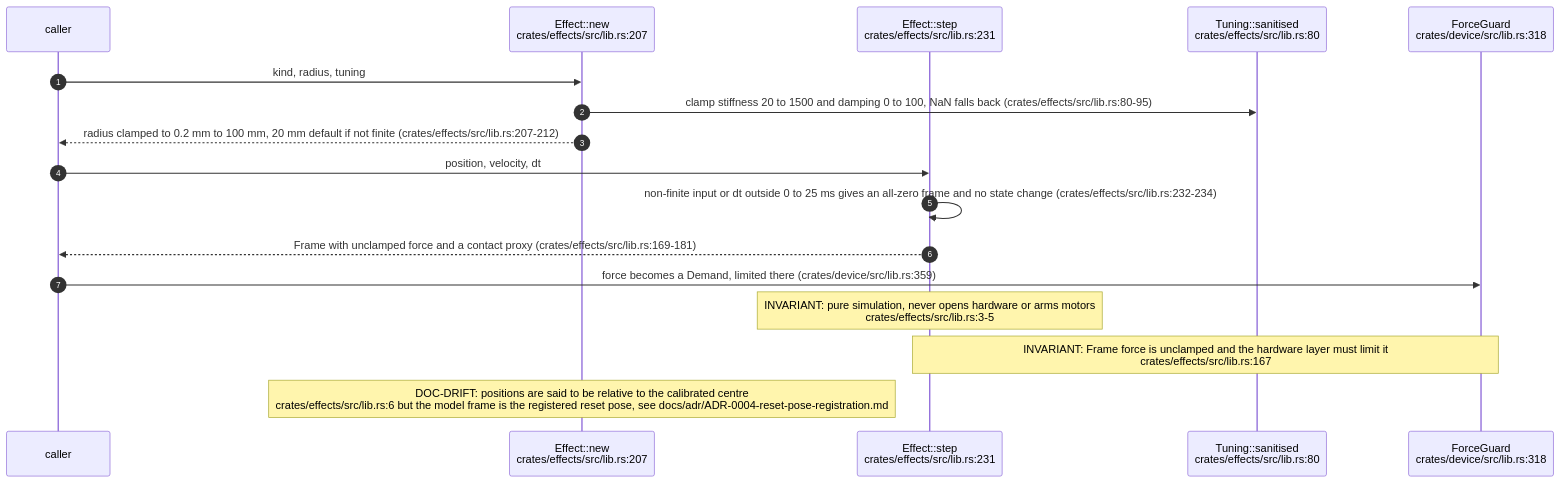
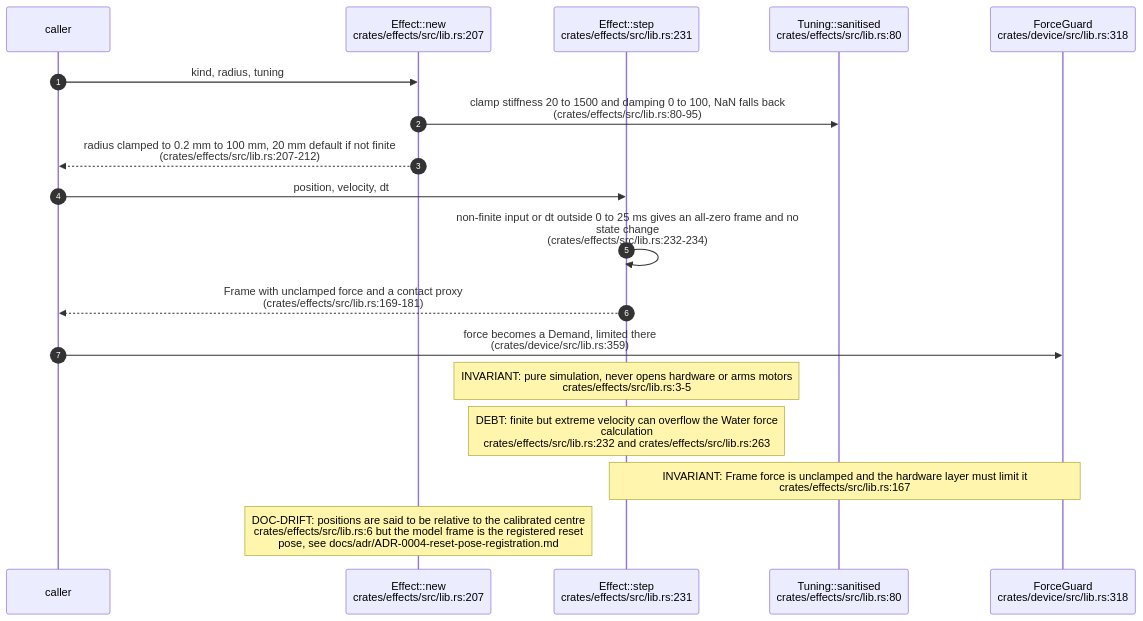
One commit to DreamLab-AI/VisionFlow changed the first of 5 diagrams in docs/diagrams/visiontouch-rs/05-effects-and-force-models.md. Above: the diagram before and after it, drawn with Mermaid. The commit also changed other lines of this file and 27 other files, not shown here.

````diff
--- a/docs/diagrams/visiontouch-rs/05-effects-and-force-models.md
+++ b/docs/diagrams/visiontouch-rs/05-effects-and-force-models.md
@@ -27,19 +30,20 @@
 ```mermaid
 sequenceDiagram
     autonumber
     participant CL as caller
     participant NW as Effect::new<br/>crates/effects/src/lib.rs:207
     participant ST as Effect::step<br/>crates/effects/src/lib.rs:231
     participant TU as Tuning::sanitised<br/>crates/effects/src/lib.rs:80
     participant GD as ForceGuard<br/>crates/device/src/lib.rs:318
     CL->>NW: kind, radius, tuning
-    NW->>TU: clamp stiffness 20 to 1500 and damping 0 to 100, NaN falls back (crates/effects/src/lib.rs:80-95)
-    NW-->>CL: radius clamped to 0.2 mm to 100 mm, 20 mm default if not finite (crates/effects/src/lib.rs:207-212)
+    NW->>TU: clamp stiffness 20 to 1500 and damping 0 to 100, NaN falls back<br/>(crates/effects/src/lib.rs:80-95)
+    NW-->>CL: radius clamped to 0.2 mm to 100 mm, 20 mm default if not finite<br/>(crates/effects/src/lib.rs:207-212)
     CL->>ST: position, velocity, dt
-    ST->>ST: non-finite input or dt outside 0 to 25 ms gives an all-zero frame and no state change (crates/effects/src/lib.rs:232-234)
-    ST-->>CL: Frame with unclamped force and a contact proxy (crates/effects/src/lib.rs:169-181)
-    CL->>GD: force becomes a Demand, limited there (crates/device/src/lib.rs:359)
+    ST->>ST: non-finite input or dt outside 0 to 25 ms gives an all-zero frame and no<br/>state change<br/>(crates/effects/src/lib.rs:232-234)
+    ST-->>CL: Frame with unclamped force and a contact proxy<br/>(crates/effects/src/lib.rs:169-181)
+    CL->>GD: force becomes a Demand, limited there<br/>(crates/device/src/lib.rs:359)
     Note over ST: INVARIANT: pure simulation, never opens hardware or arms motors<br/>crates/effects/src/lib.rs:3-5
+    Note over ST: DEBT: finite but extreme velocity can overflow the Water force<br/>calculation<br/>crates/effects/src/lib.rs:232 and crates/effects/src/lib.rs:263
     Note over ST,GD: INVARIANT: Frame force is unclamped and the hardware layer must limit it<br/>crates/effects/src/lib.rs:167
-    Note over NW: DOC-DRIFT: positions are said to be relative to the calibrated centre<br/>crates/effects/src/lib.rs:6 but the model frame is the registered reset pose, see docs/adr/ADR-0004-reset-pose-registration.md
+    Note over NW: DOC-DRIFT: positions are said to be relative to the calibrated centre<br/>crates/effects/src/lib.rs:6 but the model frame is the registered reset<br/>pose, see docs/adr/ADR-0004-reset-pose-registration.md
 ```
````
